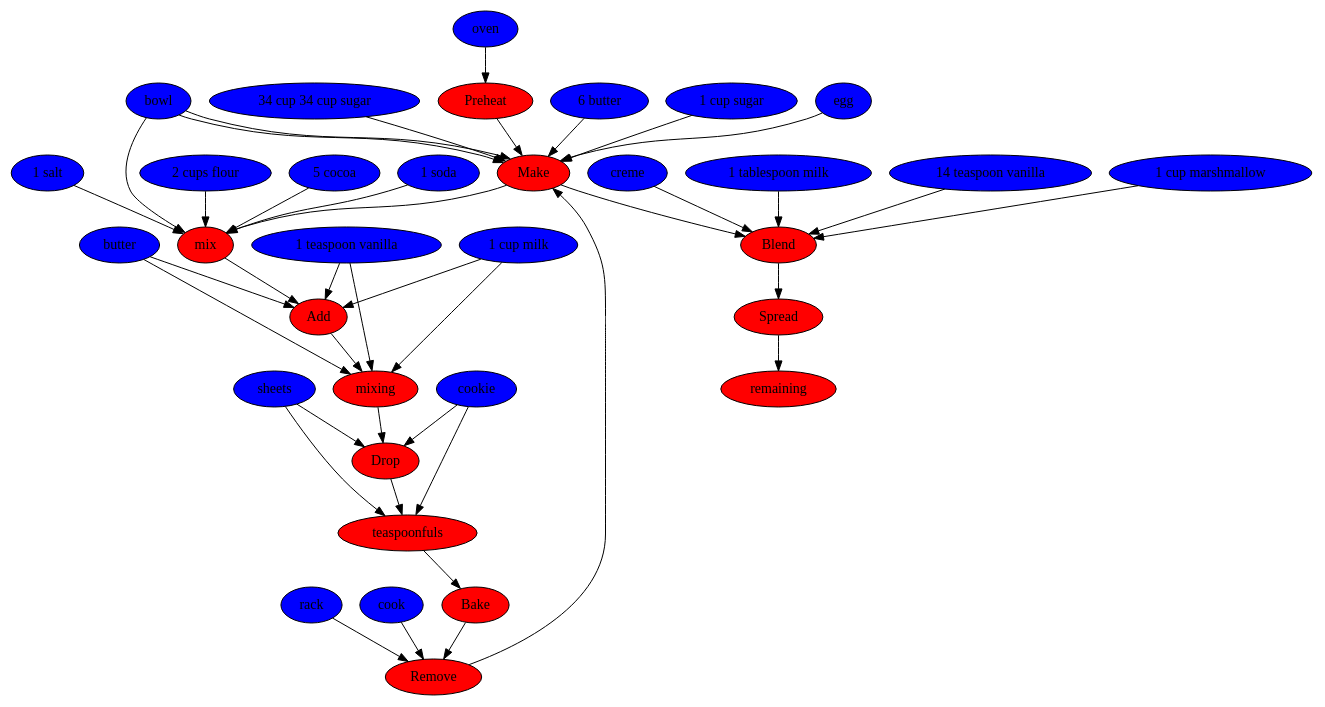
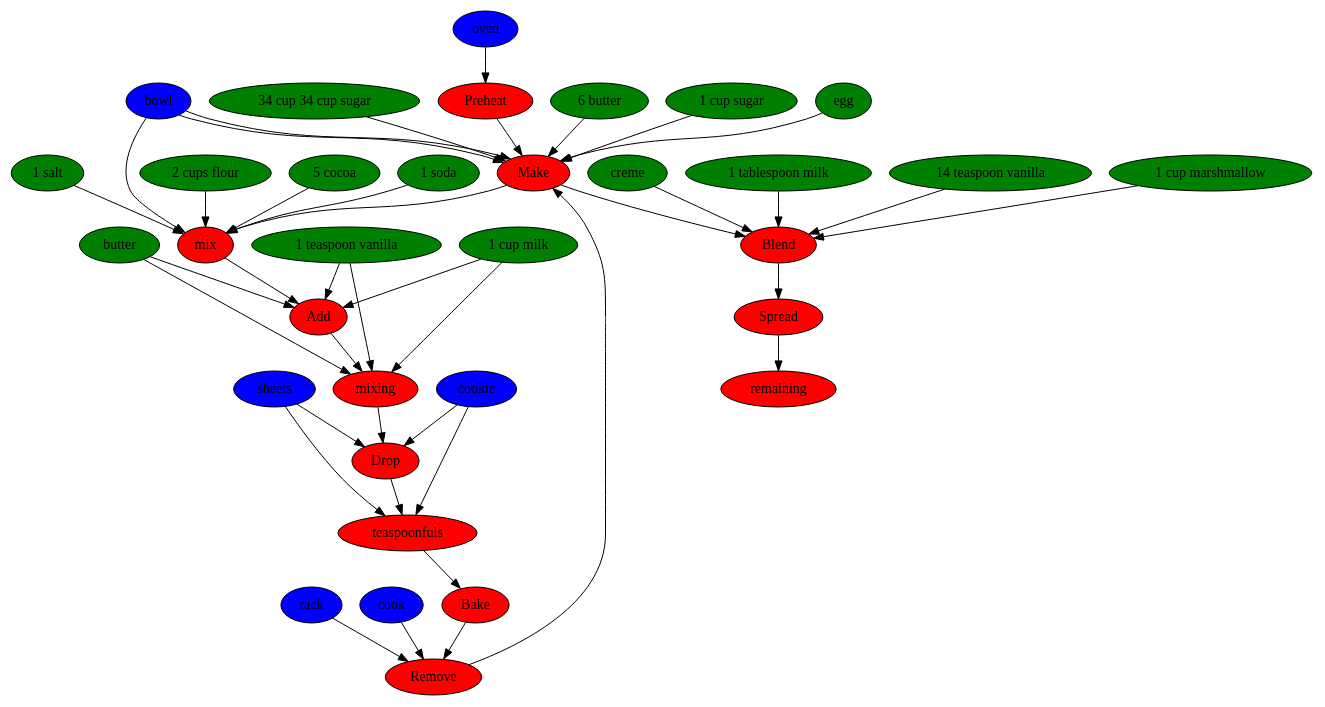
The diagram in es_graph.dot (can-keklik/RecipePostagger), drawn with Graphviz before and after one commit. The commit also changed 2 other files, not shown here.

Commit message:
graph is generated

```diff
--- a/es_graph.dot
+++ b/es_graph.dot
@@ -1,78 +1,78 @@
 digraph G {
 Preheat [style=filled, fillcolor=red];
 oven [style=filled, fillcolor="#0000ff"];
 Make [style=filled, fillcolor=red];
-"6 butter" [style=filled, fillcolor=blue];
-"1 cup sugar" [style=filled, fillcolor=blue];
-egg [style=filled, fillcolor=blue];
+"6 butter" [style=filled, fillcolor=green];
+"1 cup sugar" [style=filled, fillcolor=green];
+egg [style=filled, fillcolor=green];
 bowl [style=filled, fillcolor="#0000ff"];
 bowl [style=filled, fillcolor="#0000ff"];
 mix [style=filled, fillcolor=red];
-"2 cups flour" [style=filled, fillcolor=blue];
-"5 cocoa" [style=filled, fillcolor=blue];
-"1 soda" [style=filled, fillcolor=blue];
-"1 salt" [style=filled, fillcolor=blue];
+"2 cups flour" [style=filled, fillcolor=green];
+"5 cocoa" [style=filled, fillcolor=green];
+"1 soda" [style=filled, fillcolor=green];
+"1 salt" [style=filled, fillcolor=green];
 Add [style=filled, fillcolor=red];
-butter [style=filled, fillcolor=blue];
-"1 cup milk" [style=filled, fillcolor=blue];
-"1 teaspoon vanilla" [style=filled, fillcolor=blue];
+butter [style=filled, fillcolor=green];
+"1 cup milk" [style=filled, fillcolor=green];
+"1 teaspoon vanilla" [style=filled, fillcolor=green];
 mixing [style=filled, fillcolor=red];
 Drop [style=filled, fillcolor=red];
 teaspoonfuls [style=filled, fillcolor=red];
 cookie [style=filled, fillcolor="#0000ff"];
 sheets [style=filled, fillcolor="#0000ff"];
 Bake [style=filled, fillcolor=red];
 Remove [style=filled, fillcolor=red];
 rack [style=filled, fillcolor="#0000ff"];
 cook [style=filled, fillcolor="#0000ff"];
 Make [style=filled, fillcolor=red];
-"34 cup 34 cup sugar" [style=filled, fillcolor=blue];
+"34 cup 34 cup sugar" [style=filled, fillcolor=green];
 bowl [style=filled, fillcolor="#0000ff"];
 Blend [style=filled, fillcolor=red];
-"14 teaspoon vanilla" [style=filled, fillcolor=blue];
-"1 cup marshmallow" [style=filled, fillcolor=blue];
-creme [style=filled, fillcolor=blue];
-"1 tablespoon milk" [style=filled, fillcolor=blue];
+"14 teaspoon vanilla" [style=filled, fillcolor=green];
+"1 cup marshmallow" [style=filled, fillcolor=green];
+creme [style=filled, fillcolor=green];
+"1 tablespoon milk" [style=filled, fillcolor=green];
 Spread [style=filled, fillcolor=red];
 remaining [style=filled, fillcolor=red];
 Preheat -> Make;
 Make -> mix;
 mix -> Add;
 Add -> mixing;
 mixing -> Drop;
 Drop -> teaspoonfuls;
 teaspoonfuls -> Bake;
 Bake -> Remove;
 Remove -> Make;
 Make -> Blend;
 Blend -> Spread;
 Spread -> remaining;
 "6 butter" -> Make;
 "1 cup sugar" -> Make;
 egg -> Make;
 "2 cups flour" -> mix;
 "5 cocoa" -> mix;
 "1 soda" -> mix;
 "1 salt" -> mix;
 butter -> Add;
 "1 cup milk" -> Add;
 "1 teaspoon vanilla" -> Add;
 butter -> mixing;
 "1 cup milk" -> mixing;
 "1 teaspoon vanilla" -> mixing;
 "34 cup 34 cup sugar" -> Make;
 "14 teaspoon vanilla" -> Blend;
 "1 cup marshmallow" -> Blend;
 creme -> Blend;
 "1 tablespoon milk" -> Blend;
 oven -> Preheat;
 bowl -> Make;
 bowl -> mix;
 cookie -> Drop;
 sheets -> Drop;
 cookie -> teaspoonfuls;
 sheets -> teaspoonfuls;
 rack -> Remove;
 cook -> Remove;
 bowl -> Make;
 }
```
